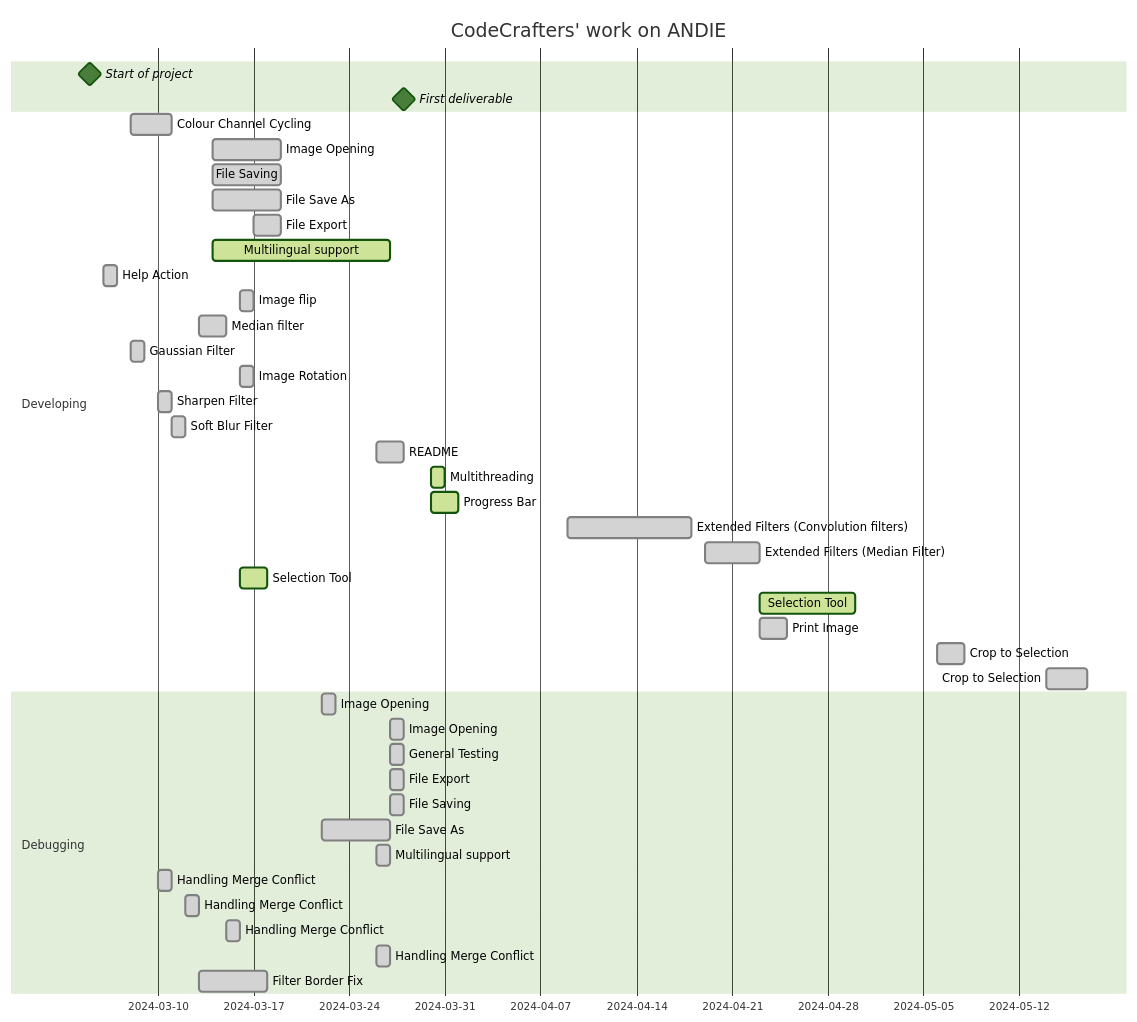
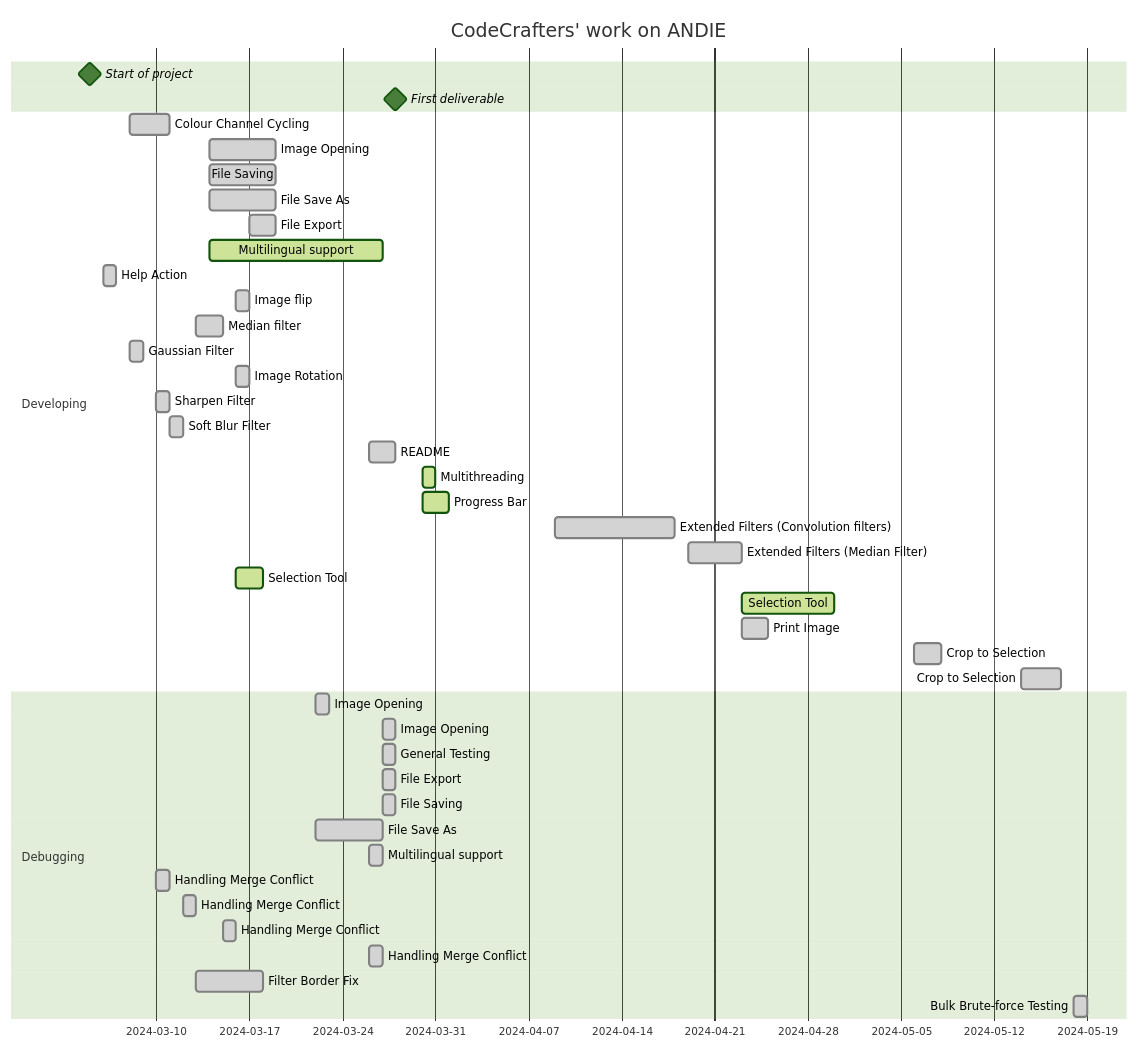
The diagram in README.md (greateden/ANDIE-CodeCrafters), drawn with Mermaid before and after one commit.

Commit message:
README updated (added testing to gnatt)

````diff
--- a/README.md
+++ b/README.md
@@ -168,55 +168,56 @@
 ```mermaid
 
 %% CodeCrafters' Gantt Chart for our work on ANDIE
 %%{init: {'theme':'forest'}}%%
         gantt
         title CodeCrafters' work on ANDIE
         dateFormat  DD-MM-YYYY
         Start of project: milestone, m1,05-03-2024,
         First deliverable: milestone, m2, 28-03-2024,
 
         section Developing
             Colour Channel Cycling              :done, des1, 08-03-2024, 3d
             Image Opening                       :done,  des2, 14-03-2024, 19-03-2024
             File Saving                         :done,  des2, 14-03-2024, 19-03-2024
             File Save As                        :done,  des2, 14-03-2024, 19-03-2024
             File Export                         :done,  des2, 17-03-2024, 19-03-2024
             Multilingual support                :active, des2, 14-03-2024, 27-03-2024
             Help Action                         :done, des1, 06-03-2024, 07-03-2024
             Image flip                          :done, des1, 16-03-2024, 17-03-2024
             Median filter                       :done, des2, 13-03-2024, 15-03-2024
             Gaussian Filter               :done, 08-03-2024, 09-03-2024
             Image Rotation                :done, 16-03-2024, 17-03-2024
             Sharpen Filter                 :done, des2, 10-03-2024, 11-03-2024
             Soft Blur Filter               :done, des2, 11-03-2024, 12-03-2024
             README                         :done, des2, 26-03-2024, 28-03-2024
             Multithreading                :active, des2, 30-03-2024, 31-03-2024
             Progress Bar                   :active, des2, 30-03-2024, 01-04-2024
             Extended Filters (Convolution filters) :done, des2, 09-04-2024, 18-04-2024
             Extended Filters (Median Filter) :done, des2, 19-04-2024, 23-04-2024
             Selection Tool                 :active, des2, 16-03-2024, 18-03-2024
             Selection Tool                 :active, des2, 23-04-2024, 30-04-2024
             Print Image                    :done, des2, 23-04-2024, 25-04-2024
             Crop to Selection              :done, des2, 06-05-2024, 08-05-2024
             Crop to Selection              :done, des2, 14-05-2024, 17-05-2024
 
 
 
 
         section Debugging
             Image Opening                      :done , 22-03-2024, 23-03-2024
             Image Opening                      :done , 27-03-2024, 28-03-2024
             General Testing                    :done, 27-03-2024, 28-03-2024
             File Export                         :done, 27-03-2024, 28-03-2024
             File Saving                         :done, 27-03-2024, 28-03-2024
             File Save As                        :done, 22-03-2024, 27-03-2024
             Multilingual support                :done, 26-03-2024, 27-03-2024
             Handling Merge Conflict             :done, 10-03-2024, 11-03-2024
             Handling Merge Conflict             :done, 12-03-2024, 13-03-2024
             Handling Merge Conflict             :done, 15-03-2024, 16-03-2024
             Handling Merge Conflict             :done, 26-03-2024, 27-03-2024
             Filter Border Fix                   :done, 13-03-2024, 18-03-2024
+            Bulk Brute-force Testing            :done, 18-05-2024, 19-05-2024
 
 
 
 ```
````
